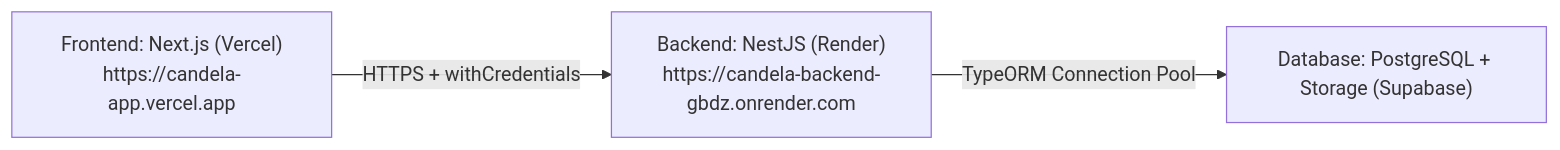
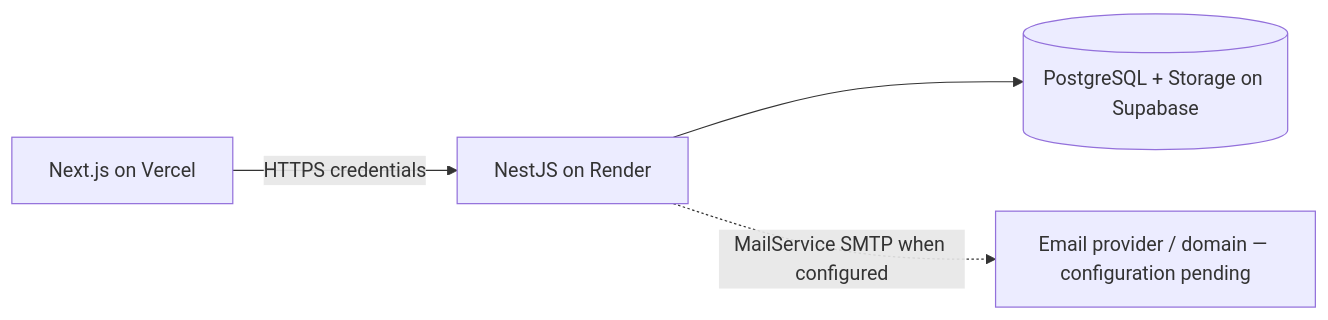
Before and after one commit to candela-app/Candela: the diagram in docs/DEPLOYMENT_AND_ENV.md, drawn with Mermaid. The commit also changed other lines of this file and 150 other files, not shown here.

````diff
--- a/docs/DEPLOYMENT_AND_ENV.md
+++ b/docs/DEPLOYMENT_AND_ENV.md
@@ -5,9 +9,11 @@
 ```mermaid
-graph LR
-    Vercel["Frontend: Next.js (Vercel)\nhttps://candela-app.vercel.app"]
-    Render["Backend: NestJS (Render)\nhttps://candela-backend-gbdz.onrender.com"]
-    Supabase["Database: PostgreSQL + Storage (Supabase)"]
+flowchart LR
+  Vercel[Next.js on Vercel]
+  Render[NestJS on Render]
+  Supabase[(PostgreSQL + Storage on Supabase)]
+  MailPending[Email provider / domain — configuration pending]
 
-    Vercel -->|HTTPS + withCredentials| Render
-    Render -->|TypeORM Connection Pool| Supabase
+  Vercel -->|HTTPS credentials| Render
+  Render --> Supabase
+  Render -.->|MailService SMTP when configured| MailPending
 ```
````
